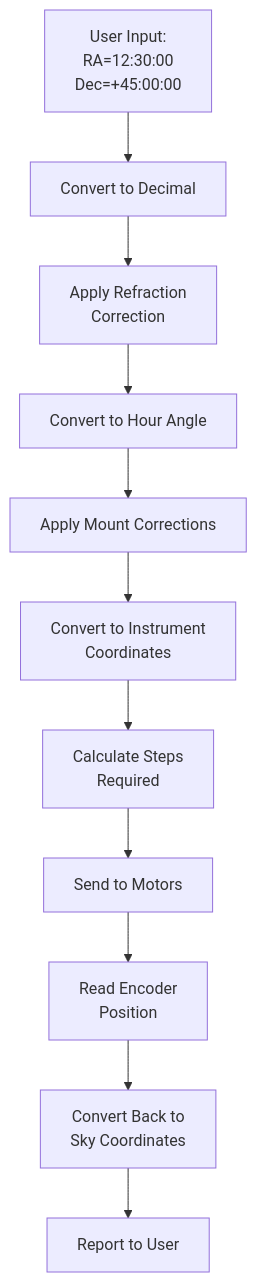
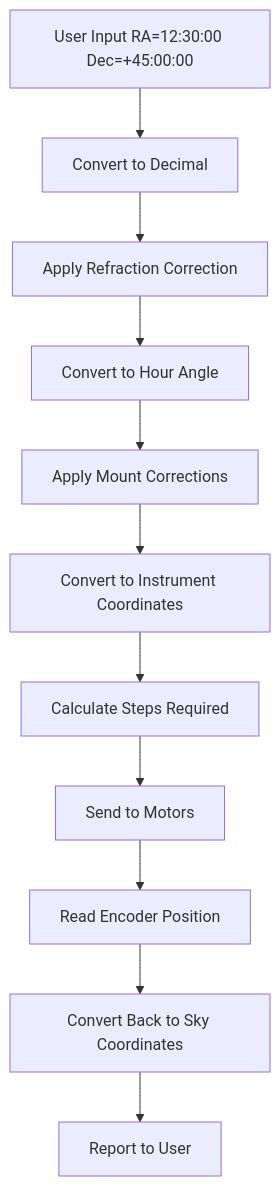
The first of 4 diagrams in doc/coordinate-systems.md (VincentJGeisler/OnStep), drawn with Mermaid before and after one commit. The commit also changed other lines of this file and 2 other files, not shown here.

First line of the commit message:
Fix Mermaid syntax for GitHub compatibility

````diff
--- a/doc/coordinate-systems.md
+++ b/doc/coordinate-systems.md
@@ -32,13 +32,13 @@
 ```mermaid
 graph TD
-    A[User Input:<br/>RA=12:30:00<br/>Dec=+45:00:00] --> B[Convert to Decimal]
-    B --> C[Apply Refraction<br/>Correction]
-    C --> D[Convert to Hour Angle]
-    D --> E[Apply Mount Corrections]
-    E --> F[Convert to Instrument<br/>Coordinates]
-    F --> G[Calculate Steps<br/>Required]
-    G --> H[Send to Motors]
-    H --> I[Read Encoder<br/>Position]
-    I --> J[Convert Back to<br/>Sky Coordinates]
-    J --> K[Report to User]
+    A[User Input RA=12:30:00 Dec=+45:00:00] --> B[Convert to Decimal];
+    B --> C[Apply Refraction Correction];
+    C --> D[Convert to Hour Angle];
+    D --> E[Apply Mount Corrections];
+    E --> F[Convert to Instrument Coordinates];
+    F --> G[Calculate Steps Required];
+    G --> H[Send to Motors];
+    H --> I[Read Encoder Position];
+    I --> J[Convert Back to Sky Coordinates];
+    J --> K[Report to User];
 ```
````
